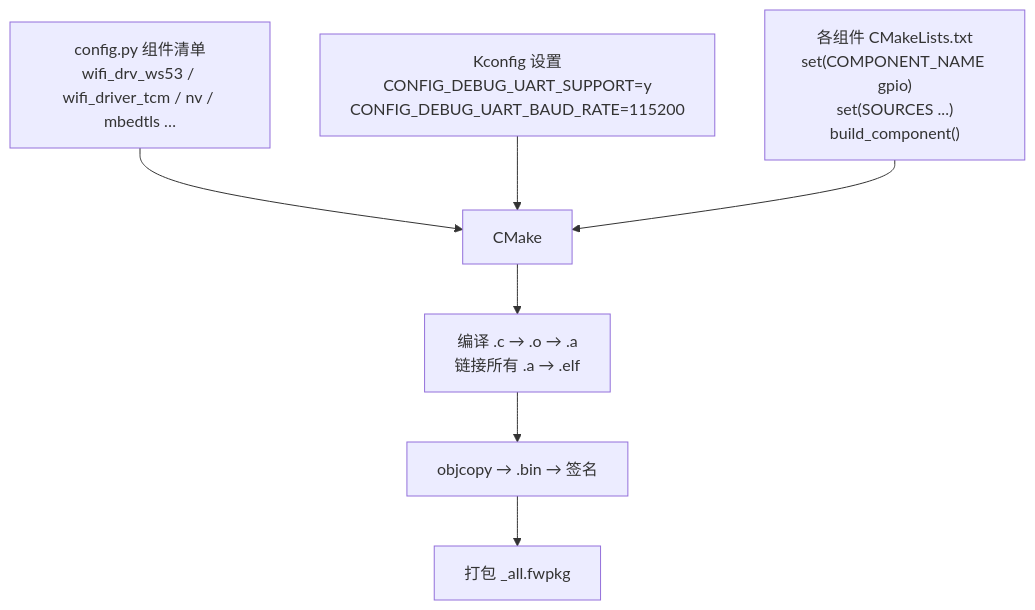
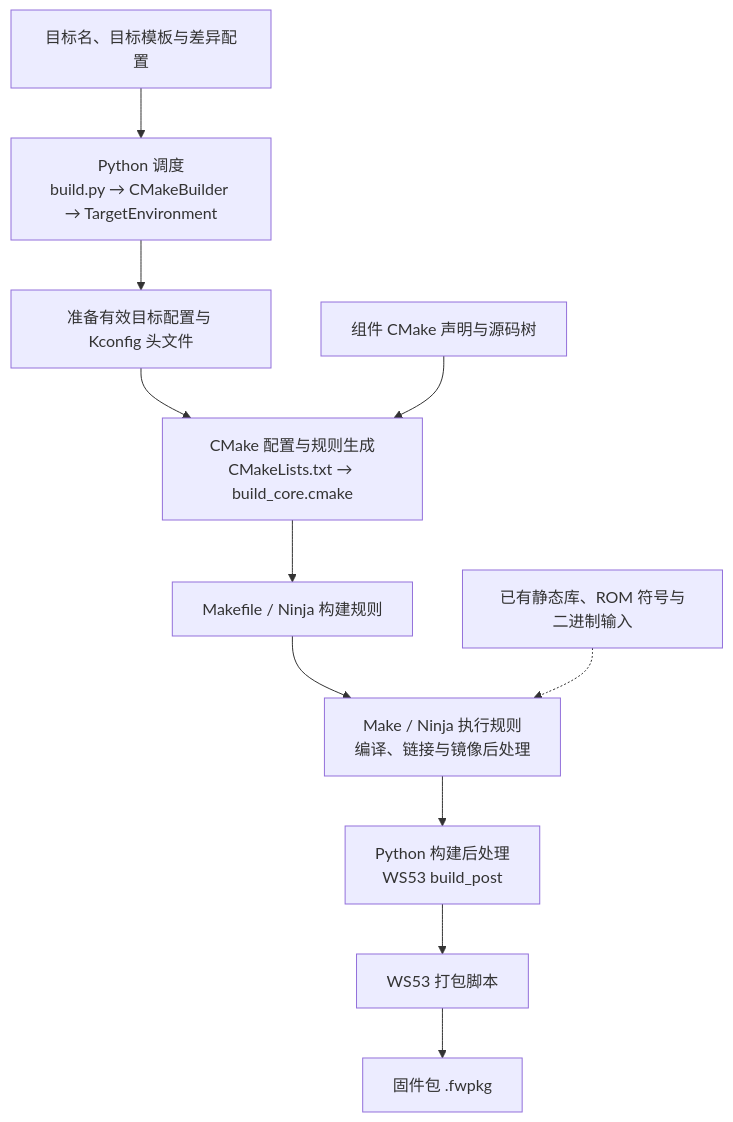
One commit to sanchuanhehe/fbb_ws53 changed the second of 3 diagrams in docs/zh-CN/overall-architecture/build-system/index.md. Above: the diagram before and after it, drawn with Mermaid. The commit also changed other lines of this file and 29 other files, not shown here.

````diff
--- a/docs/zh-CN/overall-architecture/build-system/index.md
+++ b/docs/zh-CN/overall-architecture/build-system/index.md
@@ -7,9 +55,13 @@
 ```mermaid
 flowchart TD
-    A["config.py 组件清单<br/>wifi_drv_ws53 / wifi_driver_tcm / nv / mbedtls …"] --> E[CMake]
-    B["Kconfig 设置<br/>CONFIG_DEBUG_UART_SUPPORT=y<br/>CONFIG_DEBUG_UART_BAUD_RATE=115200"] --> E
-    C["各组件 CMakeLists.txt<br/>set(COMPONENT_NAME gpio)<br/>set(SOURCES ...)<br/>build_component()"] --> E
-    E --> F["编译 .c → .o → .a<br/>链接所有 .a → .elf"]
-    F --> G["objcopy → .bin → 签名"]
-    G --> H["打包 _all.fwpkg"]
+    INPUT["目标名、目标模板与差异配置"] --> PY["Python 调度<br/>build.py → CMakeBuilder → TargetEnvironment"]
+    PY --> CFG["准备有效目标配置与 Kconfig 头文件"]
+    CFG --> CM["CMake 配置与规则生成<br/>CMakeLists.txt → build_core.cmake"]
+    COMP["组件 CMake 声明与源码树"] --> CM
+    CM --> RULES["Makefile / Ninja 构建规则"]
+    RULES --> RUN["Make / Ninja 执行规则<br/>编译、链接与镜像后处理"]
+    EXIST["已有静态库、ROM 符号与二进制输入"] -.-> RUN
+    RUN --> POST["Python 构建后处理<br/>WS53 build_post"]
+    POST --> PACK["WS53 打包脚本"]
+    PACK --> OUT["固件包 .fwpkg"]
 ```
````
